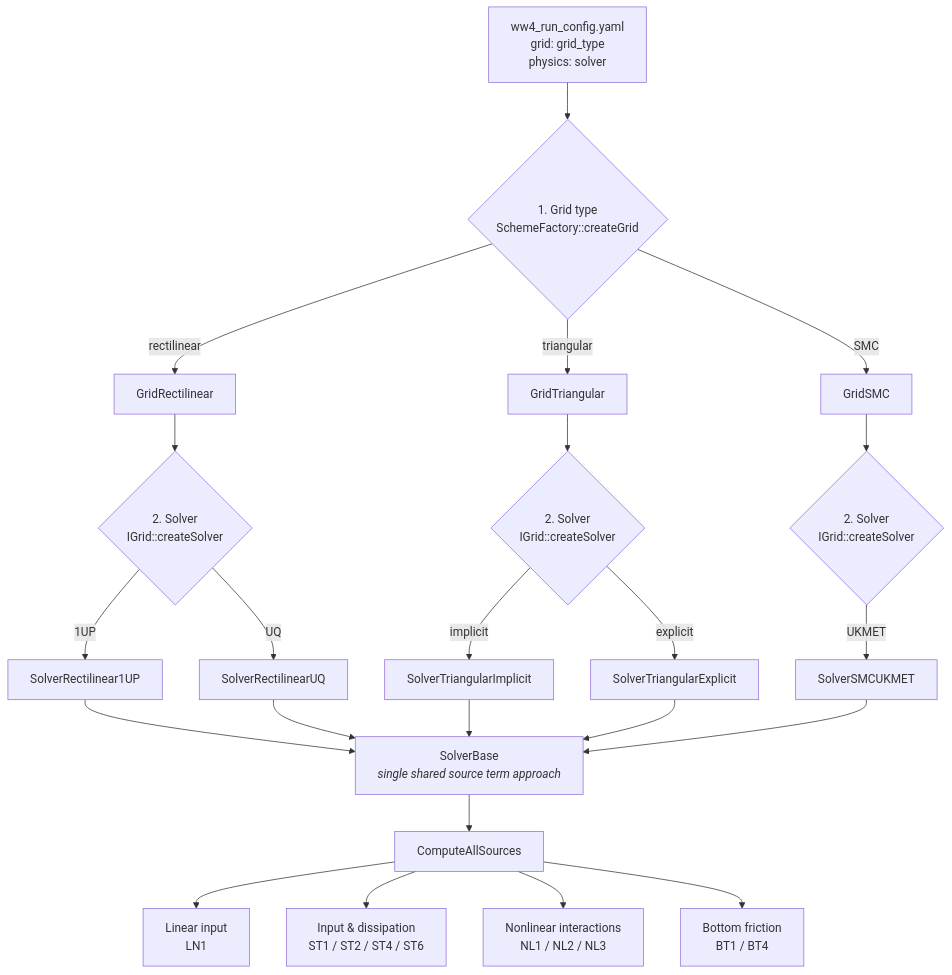
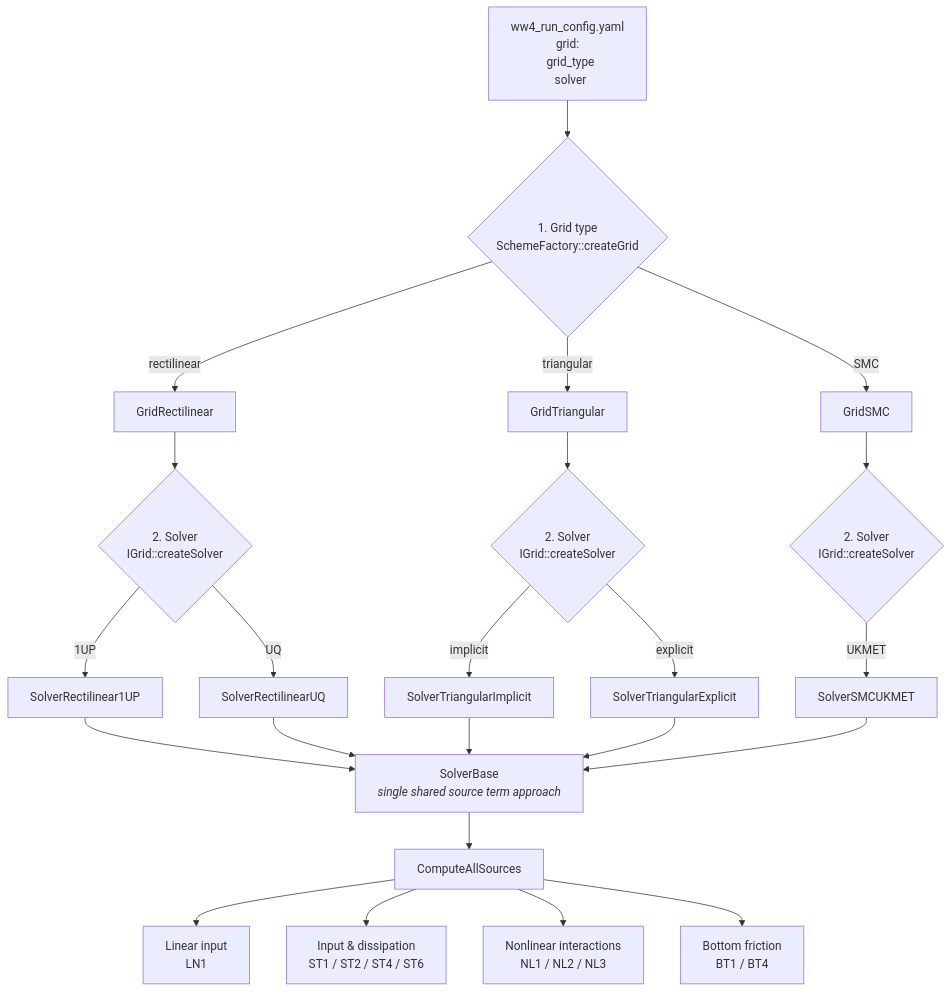
Before and after one commit to HendrikTolman-NOAA/WW4_HLT: the third of 7 diagrams in ARCHITECTURE.md, drawn with Mermaid. The commit also changed other lines of this file and 15 other files, not shown here.

First line of the commit message:
Run config: move solver selection into the grid section

````diff
--- a/ARCHITECTURE.md
+++ b/ARCHITECTURE.md
@@ -124,26 +124,26 @@
 ```mermaid
 flowchart TD
-    CFG["ww4_run_config.yaml<br/>grid:&nbsp;grid_type<br/>physics:&nbsp;solver"] --> G{"1.&nbsp;Grid&nbsp;type<br/>SchemeFactory::createGrid"}
+    CFG["ww4_run_config.yaml<br/>grid:<br/>&nbsp;&nbsp;grid_type<br/>&nbsp;&nbsp;solver"] --> G{"1.&nbsp;Grid&nbsp;type<br/>SchemeFactory::createGrid"}
 
     G -- rectilinear --> GR["GridRectilinear"]
     G -- triangular --> GT["GridTriangular"]
     G -- SMC --> GS["GridSMC"]
 
     GR --> SR{"2.&nbsp;Solver<br/>IGrid::createSolver"}
     GT --> ST{"2.&nbsp;Solver<br/>IGrid::createSolver"}
     GS --> SS{"2.&nbsp;Solver<br/>IGrid::createSolver"}
 
     SR -- 1UP --> S1["SolverRectilinear1UP"]
     SR -- UQ --> S2["SolverRectilinearUQ"]
     ST -- implicit --> S3["SolverTriangularImplicit"]
     ST -- explicit --> S4["SolverTriangularExplicit"]
     SS -- UKMET --> S5["SolverSMCUKMET"]
 
     S1 & S2 & S3 & S4 & S5 --> SB["SolverBase<br/><i>single&nbsp;shared&nbsp;source&nbsp;term&nbsp;approach</i>"]
 
     SB --> CAS["ComputeAllSources"]
     CAS --> LN["Linear&nbsp;input<br/>LN1"]
     CAS --> ID["Input&nbsp;&&nbsp;dissipation<br/>ST1&nbsp;/&nbsp;ST2&nbsp;/&nbsp;ST4&nbsp;/&nbsp;ST6"]
     CAS --> NL["Nonlinear&nbsp;interactions<br/>NL1&nbsp;/&nbsp;NL2&nbsp;/&nbsp;NL3"]
     CAS --> BT["Bottom&nbsp;friction<br/>BT1&nbsp;/&nbsp;BT4"]
 ```
````
